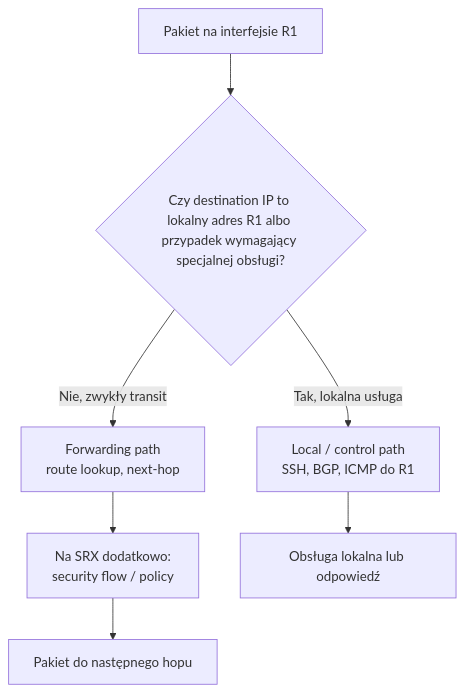
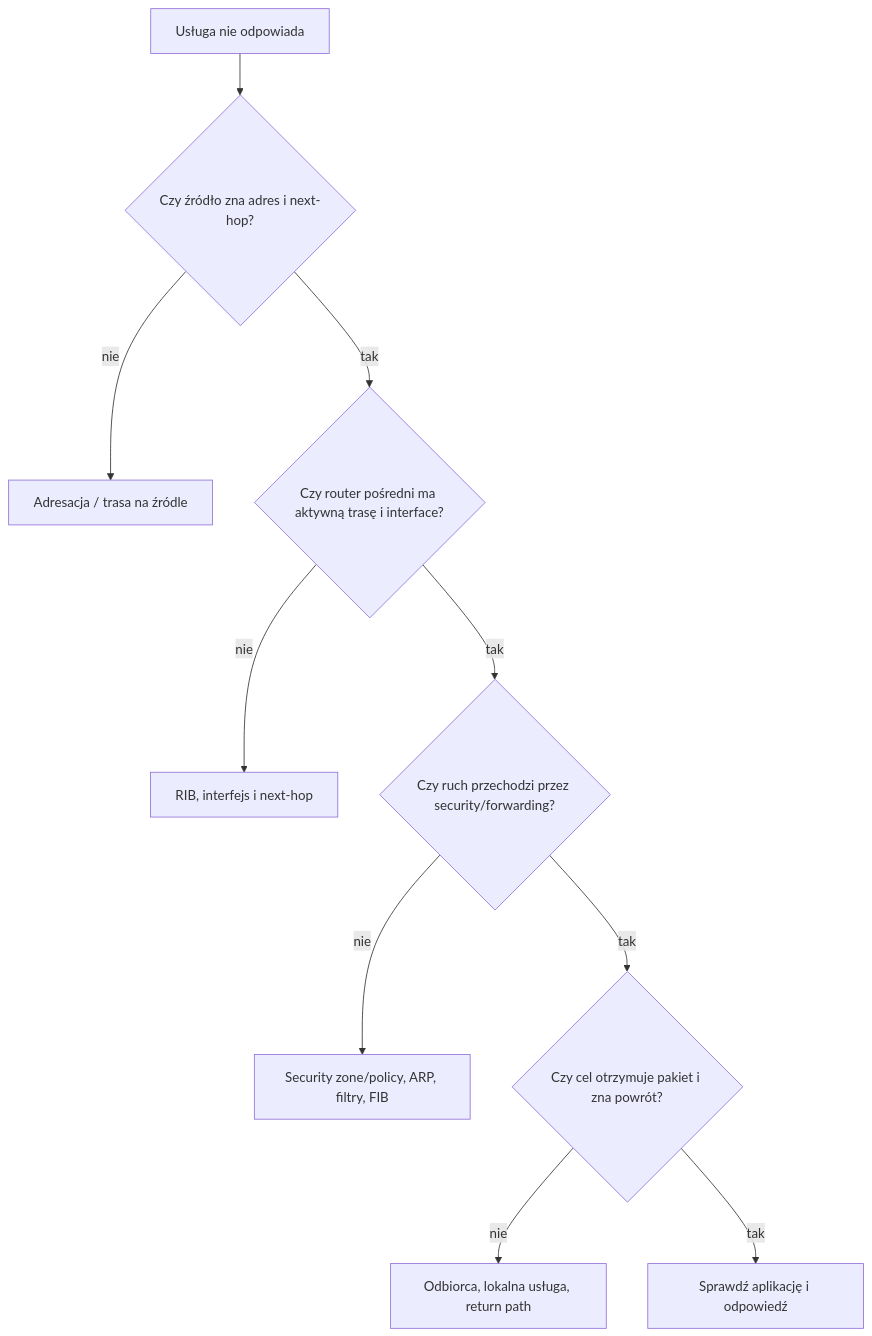
The seventh of 7 diagrams in docs/chapters/JUNOS_Rozdzial_02_Architektura_Junos_OS.md (nelto79/jncip), drawn with Mermaid before and after one commit. The commit also changed other lines of this file, not shown here.

Commit message:
docs(ch02): publish novice-first full chapter II with 2→3→6 vSRX labs and DIAMOND-6R

```diff
--- a/docs/chapters/JUNOS_Rozdzial_02_Architektura_Junos_OS.md
+++ b/docs/chapters/JUNOS_Rozdzial_02_Architektura_Junos_OS.md
@@ -1114,9 +1434,12 @@
 ~~~mermaid
 flowchart TD
-    IN["Pakiet na interfejsie R1"] --> Q{"Czy destination IP to lokalny adres R1 albo przypadek wymagający specjalnej obsługi?"}
-    Q -->|"Tak, lokalna usługa"| RE["Local / control path\nSSH, BGP, ICMP do R1"]
-    Q -->|"Nie, zwykły transit"| FWD["Forwarding path\nroute lookup, next-hop"]
-    FWD --> SRX["Na SRX dodatkowo:\nsecurity flow / policy"]
-    SRX --> OUT["Pakiet do następnego hopu"]
-    RE --> RESULT["Obsługa lokalna lub odpowiedź"]
+  A["Usługa nie odpowiada"] --> B{"Czy źródło zna adres i next-hop?"}
+  B -->|nie| C["Adresacja / trasa na źródle"]
+  B -->|tak| D{"Czy router pośredni ma aktywną trasę i interface?"}
+  D -->|nie| E["RIB, interfejs i next-hop"]
+  D -->|tak| F{"Czy ruch przechodzi przez security/forwarding?"}
+  F -->|nie| G["Security zone/policy, ARP, filtry, FIB"]
+  F -->|tak| H{"Czy cel otrzymuje pakiet i zna powrót?"}
+  H -->|nie| I["Odbiorca, lokalna usługa, return path"]
+  H -->|tak| J["Sprawdź aplikację i odpowiedź"]
 ~~~
```
